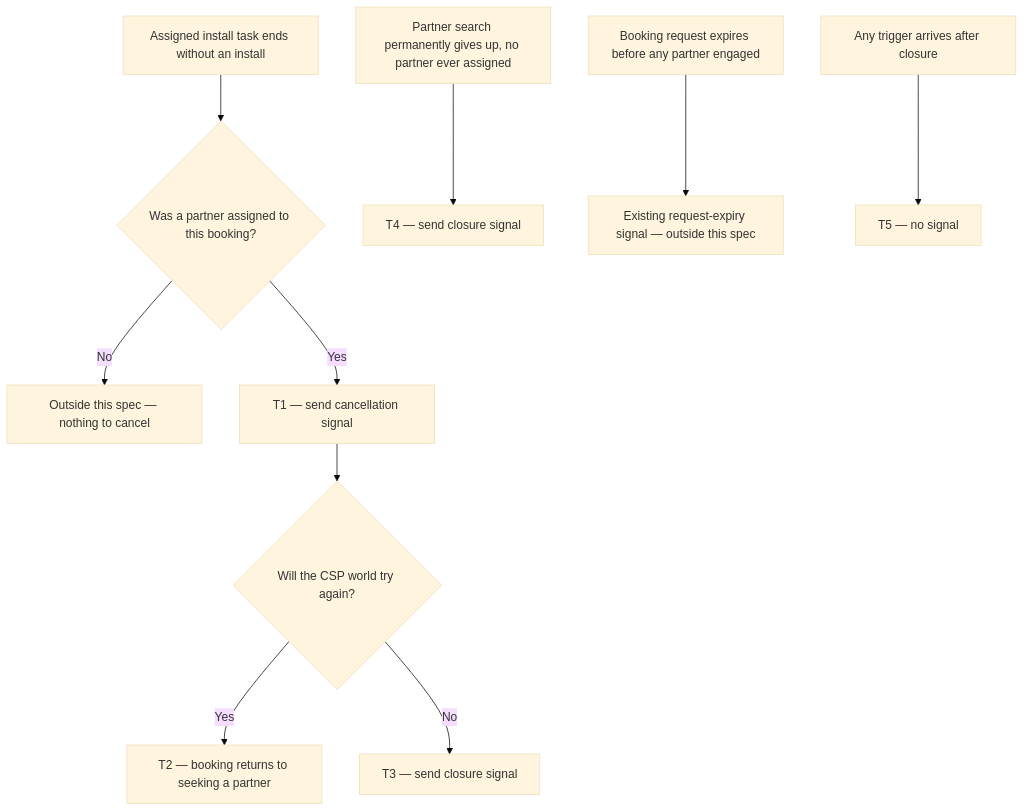
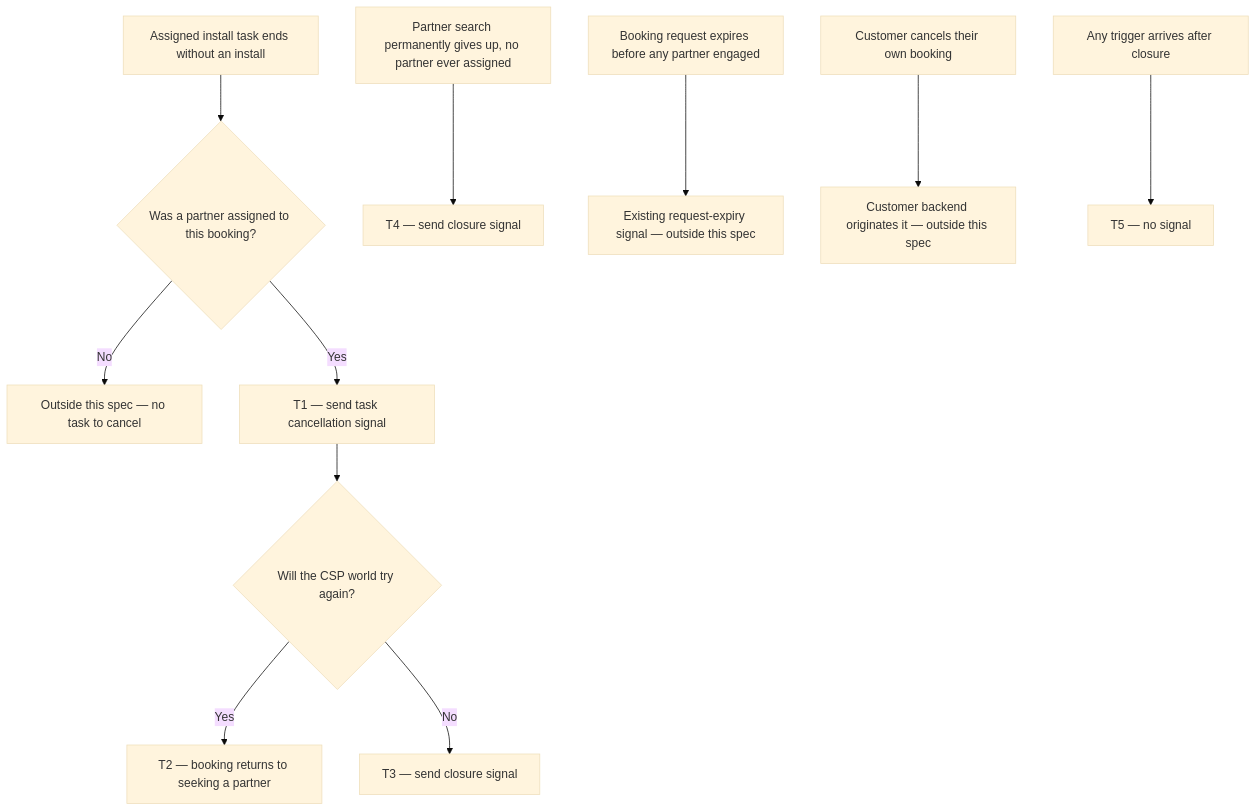
The diagram in Install_Booking_Status_Signals_PRD.md (ashish-raj-wiom/install-booking-status-signals), drawn with Mermaid (base theme) before and after one commit. The commit also changed other lines of this file and 1 other file, not shown here.

First line of the commit message:
v0.2 — disambiguate task cancellation from booking cancellation

````diff
--- a/Install_Booking_Status_Signals_PRD.md
+++ b/Install_Booking_Status_Signals_PRD.md
@@ -66,15 +69,17 @@
 ```mermaid
 flowchart TD
     A["Assigned install task ends without an install"] --> B{"Was a partner assigned to this booking?"}
-    B -- "No" --> C["Outside this spec — nothing to cancel"]
-    B -- "Yes" --> D["T1 — send cancellation signal"]
+    B -- "No" --> C["Outside this spec — no task to cancel"]
+    B -- "Yes" --> D["T1 — send task cancellation signal"]
     D --> E{"Will the CSP world try again?"}
     E -- "Yes" --> F["T2 — booking returns to seeking a partner"]
     E -- "No" --> G["T3 — send closure signal"]
 
     H["Partner search permanently gives up, no partner ever assigned"] --> I["T4 — send closure signal"]
 
     J["Booking request expires before any partner engaged"] --> K["Existing request-expiry signal — outside this spec"]
 
+    N["Customer cancels their own booking"] --> O["Customer backend originates it — outside this spec"]
+
     L["Any trigger arrives after closure"] --> M["T5 — no signal"]
 ```
````
